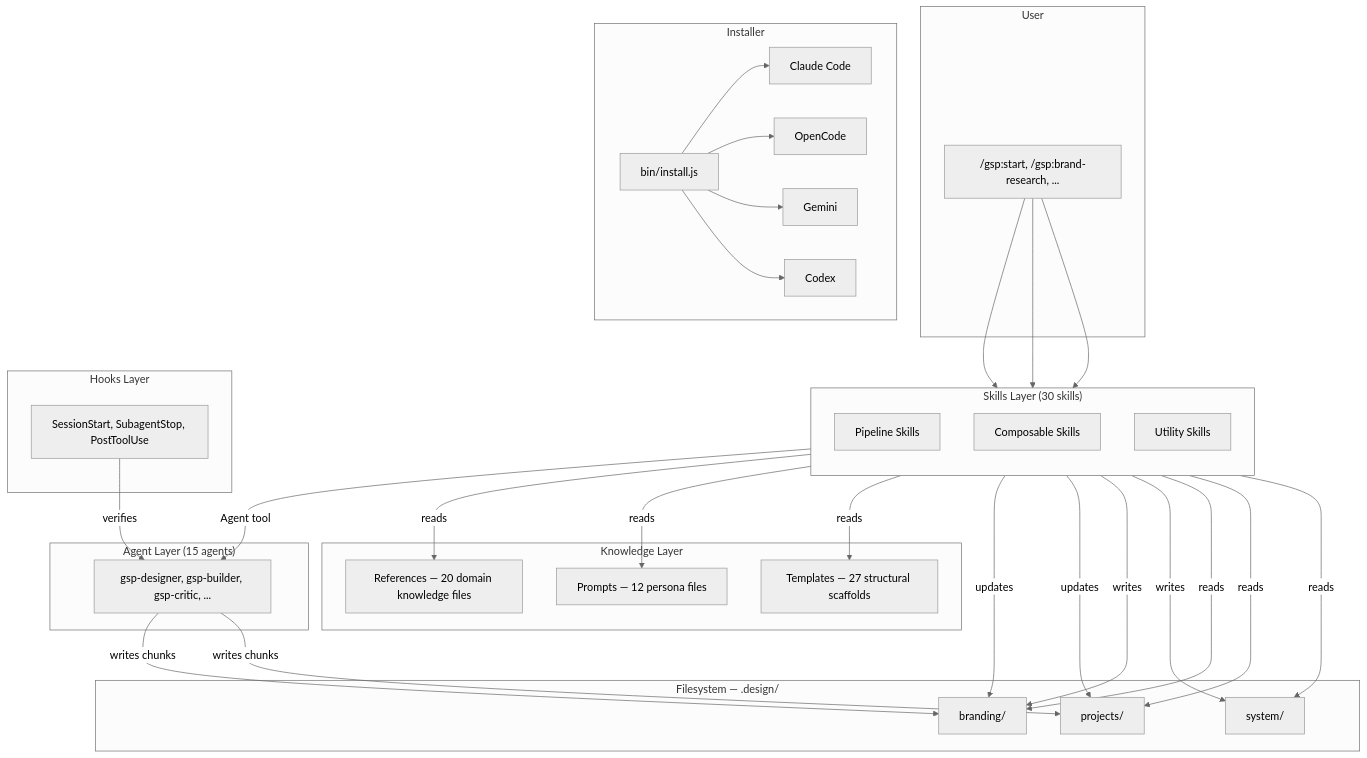
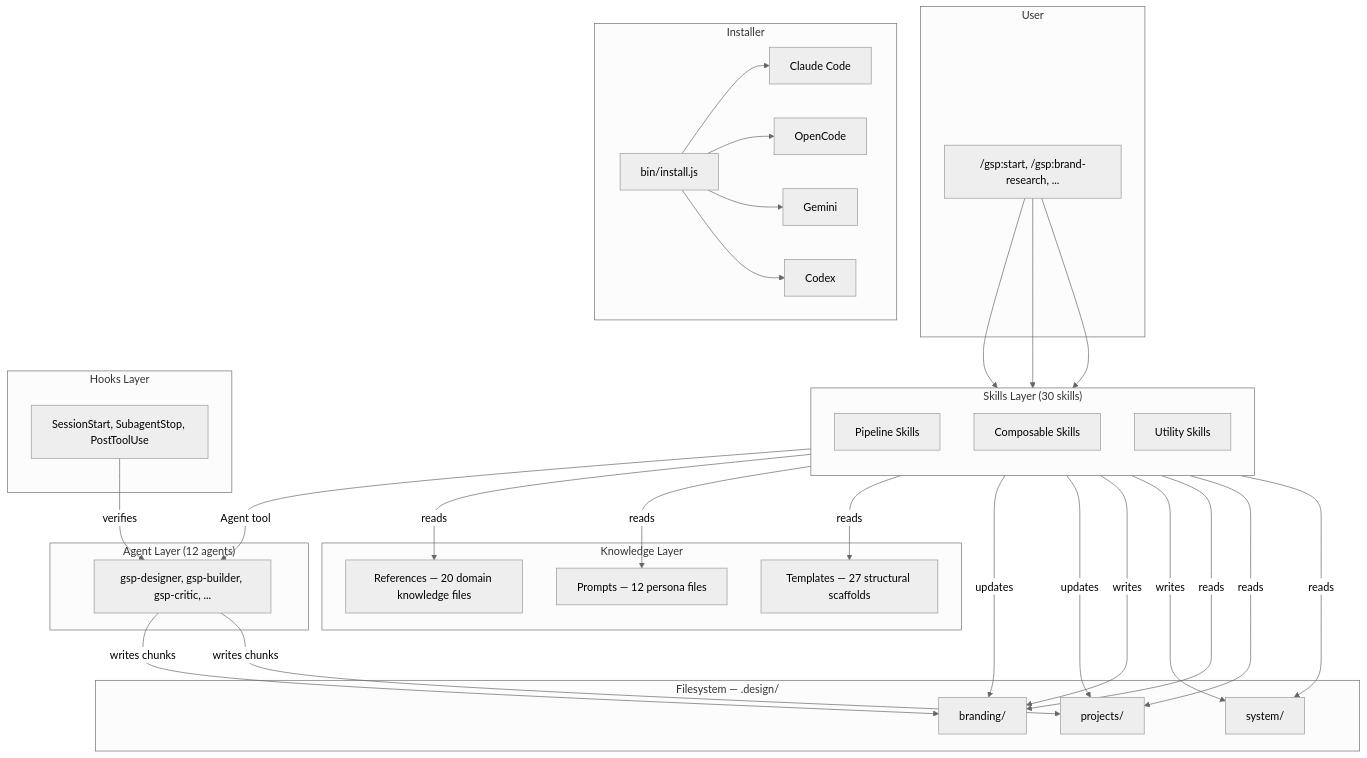
One commit to jubscodes/get-shit-pretty changed the first of 8 diagrams in ARCHITECTURE.md. Above: the diagram before and after it, drawn with Mermaid (neutral theme). The commit also changed other lines of this file and 47 other files, not shown here.

````diff
--- a/ARCHITECTURE.md
+++ b/ARCHITECTURE.md
@@ -5,51 +5,51 @@
 ```mermaid
 graph TB
     subgraph "User"
         CLI["/gsp:start, /gsp:brand-research, ..."]
     end
 
     subgraph "Skills Layer (30 skills)"
         direction TB
         PS[Pipeline Skills]
         CS[Composable Skills]
         US[Utility Skills]
     end
 
-    subgraph "Agent Layer (15 agents)"
+    subgraph "Agent Layer (12 agents)"
         AG[gsp-designer, gsp-builder, gsp-critic, ...]
     end
 
     subgraph "Knowledge Layer"
         PR[Prompts — 12 persona files]
         RF[References — 20 domain knowledge files]
         TM[Templates — 27 structural scaffolds]
     end
 
     subgraph "Hooks Layer"
         HK[SessionStart, SubagentStop, PostToolUse]
     end
 
     subgraph "Filesystem — .design/"
         BR[branding/]
         PJ[projects/]
         SY[system/]
     end
 
     subgraph "Installer"
         INS[bin/install.js]
         CC[Claude Code]
         OC[OpenCode]
         GE[Gemini]
         CX[Codex]
     end
 
     CLI --> PS & CS & US
     PS -->|"Agent tool"| AG
     AG -->|writes chunks| BR & PJ
     PS -->|reads| RF & PR & TM
     PS -->|updates| BR & PJ
     CS -->|writes| BR & SY
     US -->|reads| BR & PJ & SY
     HK -->|verifies| AG
     INS --> CC & OC & GE & CX
 ```
````
